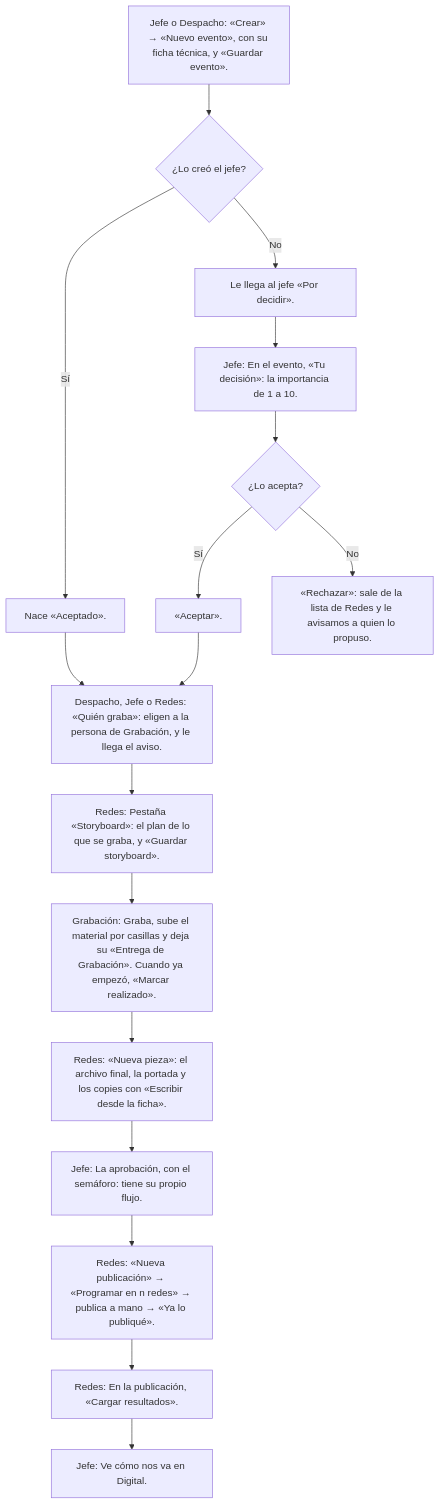
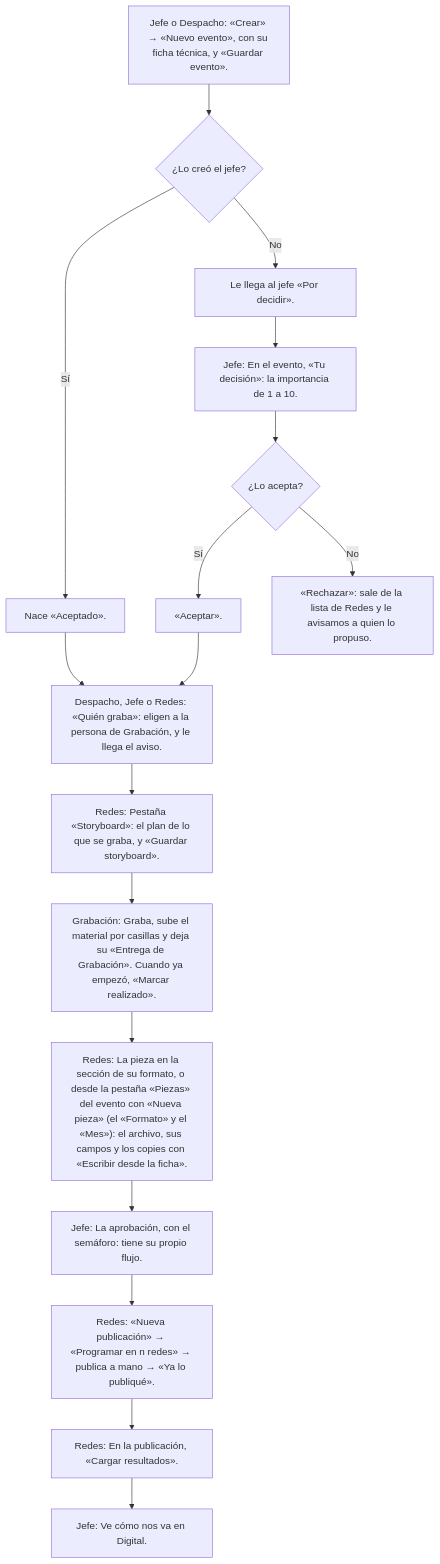
One commit to fbvenezuela/Gestionapp changed the first of 9 diagrams in app-freddy-bernal/docs/FLUJOS.md. Above: the diagram before and after it, drawn with Mermaid. The commit also changed other lines of this file and 31 other files, not shown here.

````diff
--- a/app-freddy-bernal/docs/FLUJOS.md
+++ b/app-freddy-bernal/docs/FLUJOS.md
@@ -23,29 +24,29 @@
 ```mermaid
 flowchart TD
   evento_crear["Jefe o Despacho: «Crear» → «Nuevo evento», con su ficha técnica, y «Guardar evento»."]
   evento_crear --> evento_crear_q{"¿Lo creó el jefe?"}
   evento_crear_q -- Sí --> evento_crear_b1["Nace «Aceptado»."]
   evento_crear_b1 --> evento_graba
   evento_crear_q -- No --> evento_crear_b2["Le llega al jefe «Por decidir»."]
   evento_crear_b2 --> evento_decide
   evento_decide["Jefe: En el evento, «Tu decisión»: la importancia de 1 a 10."]
   evento_decide --> evento_decide_q{"¿Lo acepta?"}
   evento_decide_q -- Sí --> evento_decide_b1["«Aceptar»."]
   evento_decide_b1 --> evento_graba
   evento_decide_q -- No --> evento_decide_b2["«Rechazar»: sale de la lista de Redes y le avisamos a quien lo propuso."]
   evento_graba["Despacho, Jefe o Redes: «Quién graba»: eligen a la persona de Grabación, y le llega el aviso."]
   evento_graba --> evento_storyboard
   evento_storyboard["Redes: Pestaña «Storyboard»: el plan de lo que se graba, y «Guardar storyboard»."]
   evento_storyboard --> evento_material
   evento_material["Grabación: Graba, sube el material por casillas y deja su «Entrega de Grabación». Cuando ya empezó, «Marcar realizado»."]
   evento_material --> evento_pieza
-  evento_pieza["Redes: «Nueva pieza»: el archivo final, la portada y los copies con «Escribir desde la ficha»."]
+  evento_pieza["Redes: La pieza en la sección de su formato, o desde la pestaña «Piezas» del evento con «Nueva pieza» (el «Formato» y el «Mes»): el archivo, sus campos y los copies con «Escribir desde la ficha»."]
   evento_pieza --> evento_aprueba
   evento_aprueba["Jefe: La aprobación, con el semáforo: tiene su propio flujo."]
   evento_aprueba --> evento_publica
   evento_publica["Redes: «Nueva publicación» → «Programar en n redes» → publica a mano → «Ya lo publiqué»."]
   evento_publica --> evento_resultados
   evento_resultados["Redes: En la publicación, «Cargar resultados»."]
   evento_resultados --> evento_digital
   evento_digital["Jefe: Ve cómo nos va en Digital."]
 ```
````
